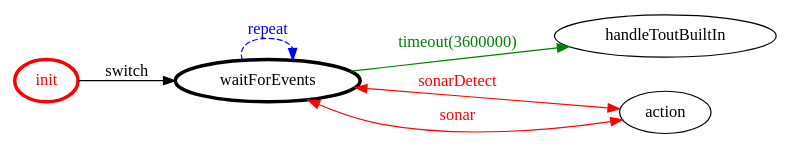
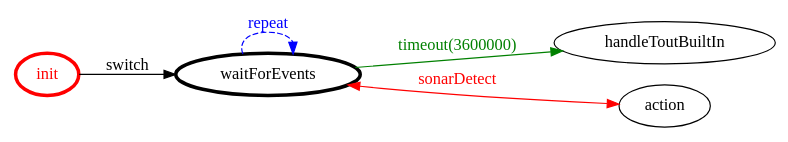
Before and after one commit to MatteoMendula/iss2018Lab: the diagram in it.unibo.mbot.virtual/srcMore/it/unibo/sonarguidetector/sonarguidetector.gv, drawn with Graphviz. The commit also changed 100 other files, not shown here.

```diff
--- a/it.unibo.mbot.virtual/srcMore/it/unibo/sonarguidetector/sonarguidetector.gv
+++ b/it.unibo.mbot.virtual/srcMore/it/unibo/sonarguidetector/sonarguidetector.gv
@@ -1,20 +1,19 @@
 /*
 *
 * A GraphViz DOT FSM description 
 * Please use a GraphViz visualizer (like http://www.webgraphviz.com)
 *  
 */
 
 digraph finite_state_machine {
 	rankdir=LR
 	size="8,5"
 	
 	init [ color = red ][ fontcolor = red ][ penwidth = 3 ]
 	waitForEvents [ color = black ][ fontcolor = black ][ penwidth = 3 ]
 	
 	init -> waitForEvents [ label = "switch" ][ color = black ][ fontcolor = black ]
 	waitForEvents -> handleToutBuiltIn [ label = "timeout(3600000)" ][ color = green ][ fontcolor = green ]
 	waitForEvents -> waitForEvents [ label = "repeat "][ style = dashed ][ color = blue ][ fontcolor = blue ]
 	waitForEvents -> action [ label = "sonarDetect" ][ color = red ][ fontcolor = red ][ dir = both ]
-	waitForEvents -> action [ label = "sonar" ][ color = red ][ fontcolor = red ][ dir = both ]
 }
```
